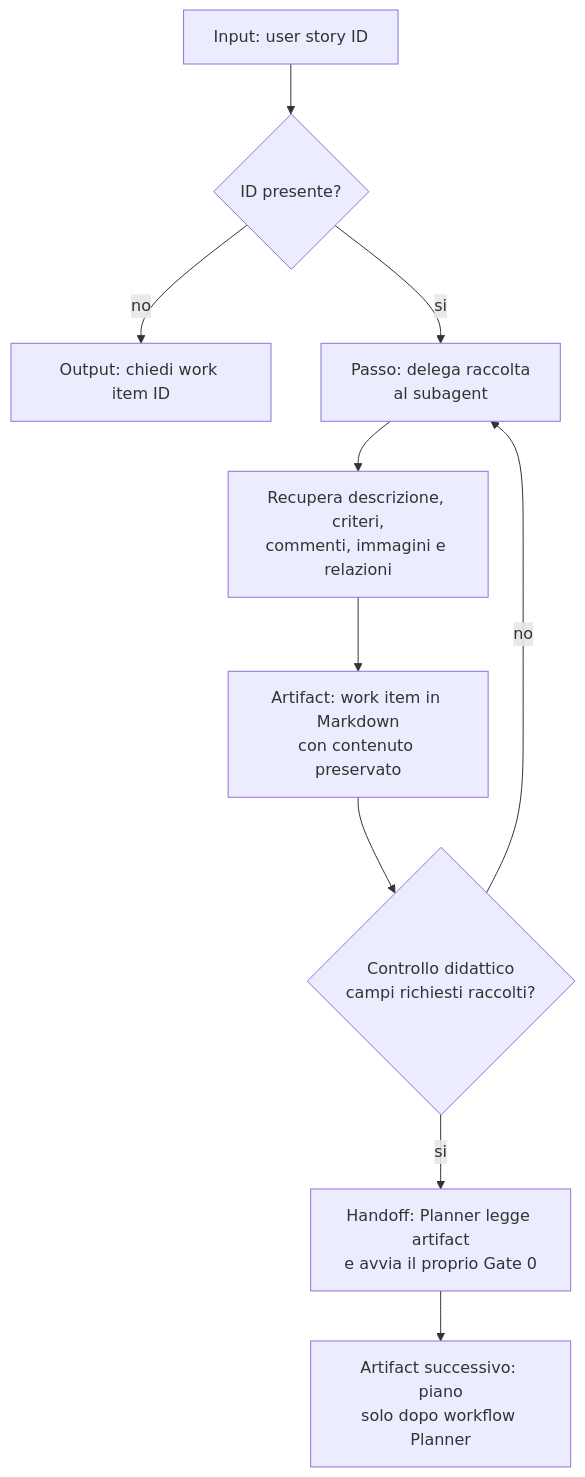
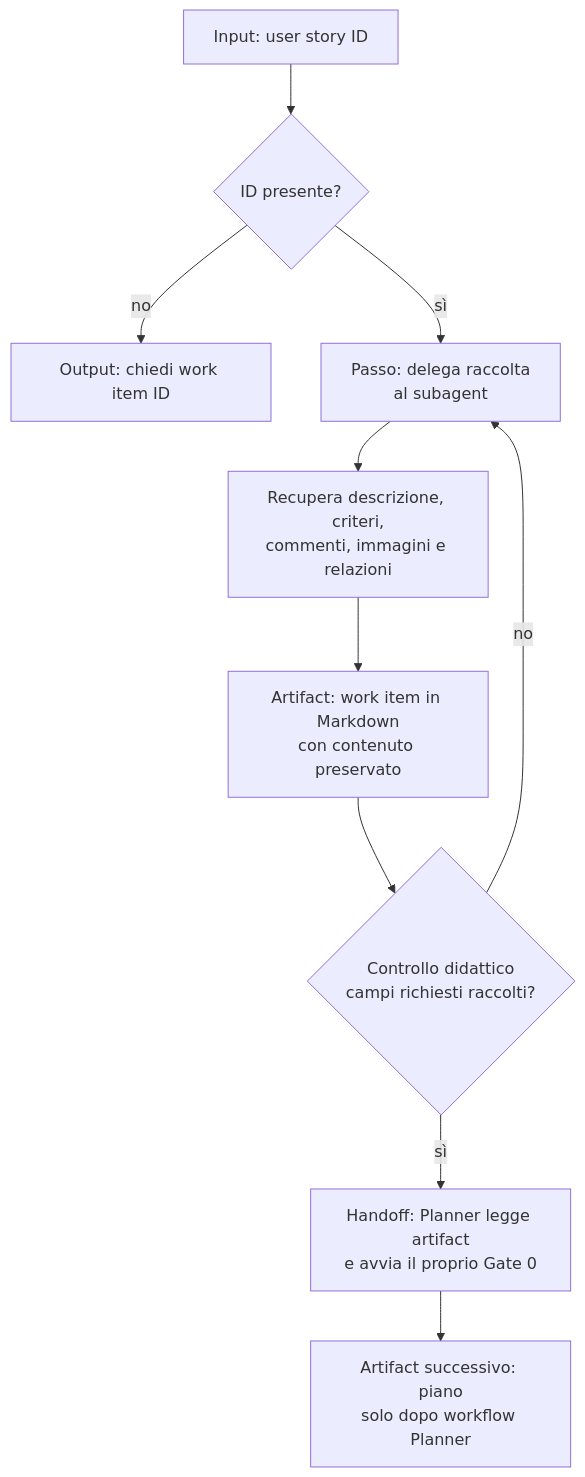
The diagram in role-maps/skills/plan-user-story-from-id.md (violabg/agentic-system-lessons), drawn with Mermaid before and after one commit. The commit also changed other lines of this file and 51 other files, not shown here.

````diff
--- a/role-maps/skills/plan-user-story-from-id.md
+++ b/role-maps/skills/plan-user-story-from-id.md
@@ -15,12 +17,12 @@
 ```mermaid
 flowchart TD
     StoryId[Input: user story ID] --> G0{ID presente?}
     G0 -->|no| Ask[Output: chiedi work item ID]
-    G0 -->|si| Delegate[Passo: delega raccolta<br/>al subagent]
+    G0 -->|sì| Delegate[Passo: delega raccolta<br/>al subagent]
     Delegate --> Retrieve[Recupera descrizione, criteri,<br/>commenti, immagini e relazioni]
     Retrieve --> Artifact[Artifact: work item in Markdown<br/>con contenuto preservato]
     Artifact --> G1{Controllo didattico<br/>campi richiesti raccolti?}
     G1 -->|no| Delegate
-    G1 -->|si| Handoff[Handoff: Planner legge artifact<br/>e avvia il proprio Gate 0]
+    G1 -->|sì| Handoff[Handoff: Planner legge artifact<br/>e avvia il proprio Gate 0]
     Handoff --> Plan[Artifact successivo: piano<br/>solo dopo workflow Planner]
 ```
````
